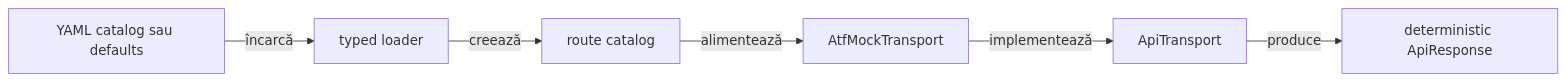
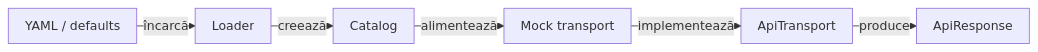
Before and after one commit to crististefanita/atf_j0: the first of 3 diagrams in atf-mock/README.md, drawn with Mermaid. The commit also changed other lines of this file and 97 other files, not shown here.

````diff
--- a/atf-mock/README.md
+++ b/atf-mock/README.md
@@ -17,8 +17,9 @@
 ```mermaid
+%%{init: {"themeVariables":{"fontSize":"15px"},"themeCSS":".nodeLabel, .nodeLabel p { font-size: 15px !important; line-height: 1.35 !important; } .edgeLabel, .edgeLabel p { font-size: 12px !important; font-weight: 400 !important; line-height: 1.2 !important; } .edgeLabel .labelBkg, .edgeLabel p { background: transparent !important; } .edgeLabel foreignObject { transform: translateY(-18px); overflow: visible; } .node rect { rx: 6px; ry: 6px; }","flowchart":{"curve":"linear","nodeSpacing":24,"rankSpacing":16,"padding":10,"diagramPadding":16}}}%%
 flowchart LR
-    Source["YAML catalog sau defaults"] -->|încarcă| Loader["typed loader"]
-    Loader -->|creează| Catalog["route catalog"]
-    Catalog -->|alimentează| Transport["AtfMockTransport"]
+    Source["YAML / defaults"] -->|încarcă| Loader["Loader"]
+    Loader -->|creează| Catalog["Catalog"]
+    Catalog -->|alimentează| Transport["Mock transport"]
     Transport -->|implementează| Port["ApiTransport"]
-    Port -->|produce| Response["deterministic ApiResponse"]
+    Port -->|produce| Response["ApiResponse"]
 ```
````
